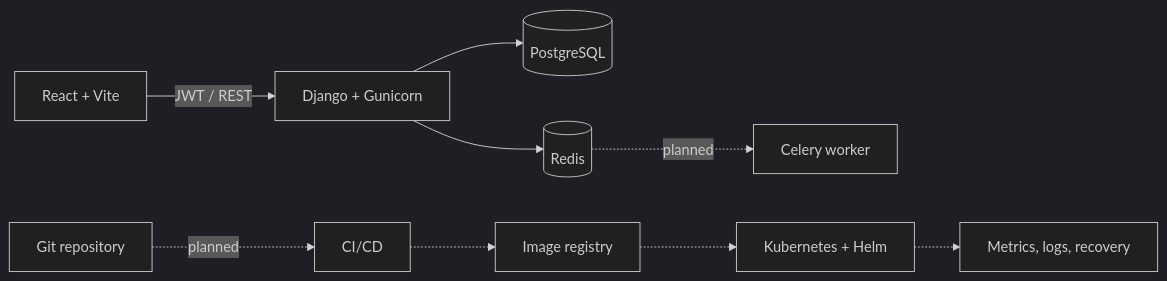
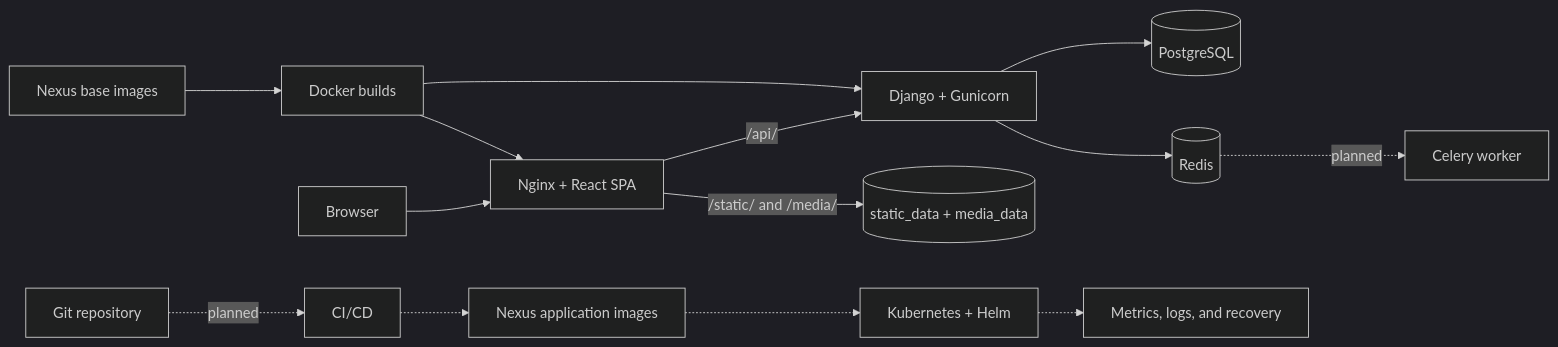
Before and after one commit to Mamaarsh/cloud-native-inventory-platform: the diagram in README.md, drawn with Mermaid (dark theme). The commit also changed other lines of this file and 5 other files, not shown here.

````diff
--- a/README.md
+++ b/README.md
@@ -49,12 +50,17 @@
 ```mermaid
 flowchart LR
-    UI[React + Vite] -->|JWT / REST| API[Django + Gunicorn]
+    Browser --> Nginx[Nginx + React SPA]
+    Nginx -->|/api/| API[Django + Gunicorn]
+    Nginx -->|/static/ and /media/| Files[(static_data + media_data)]
     API --> DB[(PostgreSQL)]
     API --> Redis[(Redis)]
 
+    Nexus[Nexus base images] --> Builds[Docker builds]
+    Builds --> Nginx
+    Builds --> API
     Repo[Git repository] -. planned .-> CI[CI/CD]
-    CI -.-> Registry[Image registry]
-    Registry -.-> K8s[Kubernetes + Helm]
-    K8s -.-> Obs[Metrics, logs, recovery]
+    CI -.-> NexusApps[Nexus application images]
+    NexusApps -.-> K8s[Kubernetes + Helm]
+    K8s -.-> Obs[Metrics, logs, and recovery]
     Redis -. planned .-> Worker[Celery worker]
 ```
````
